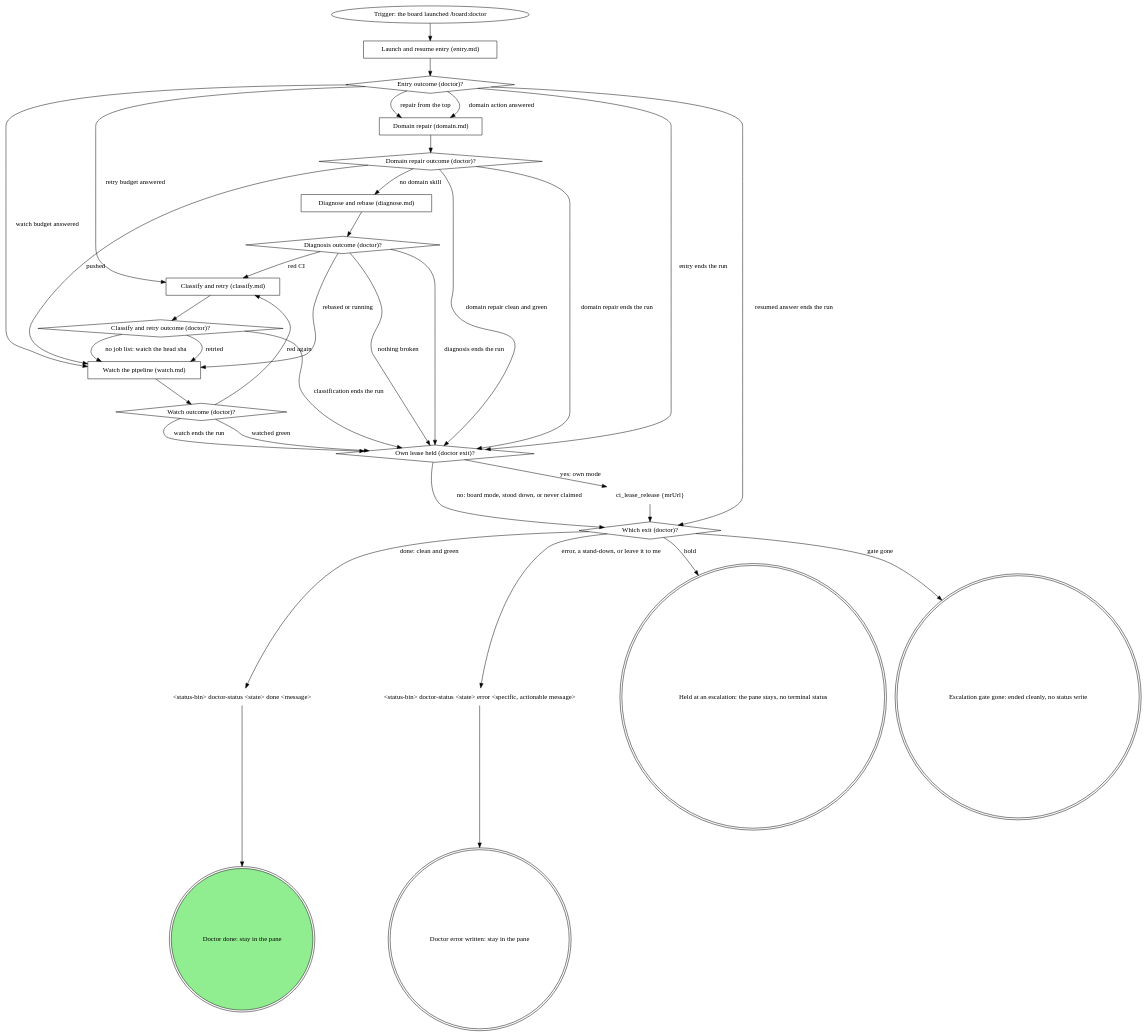
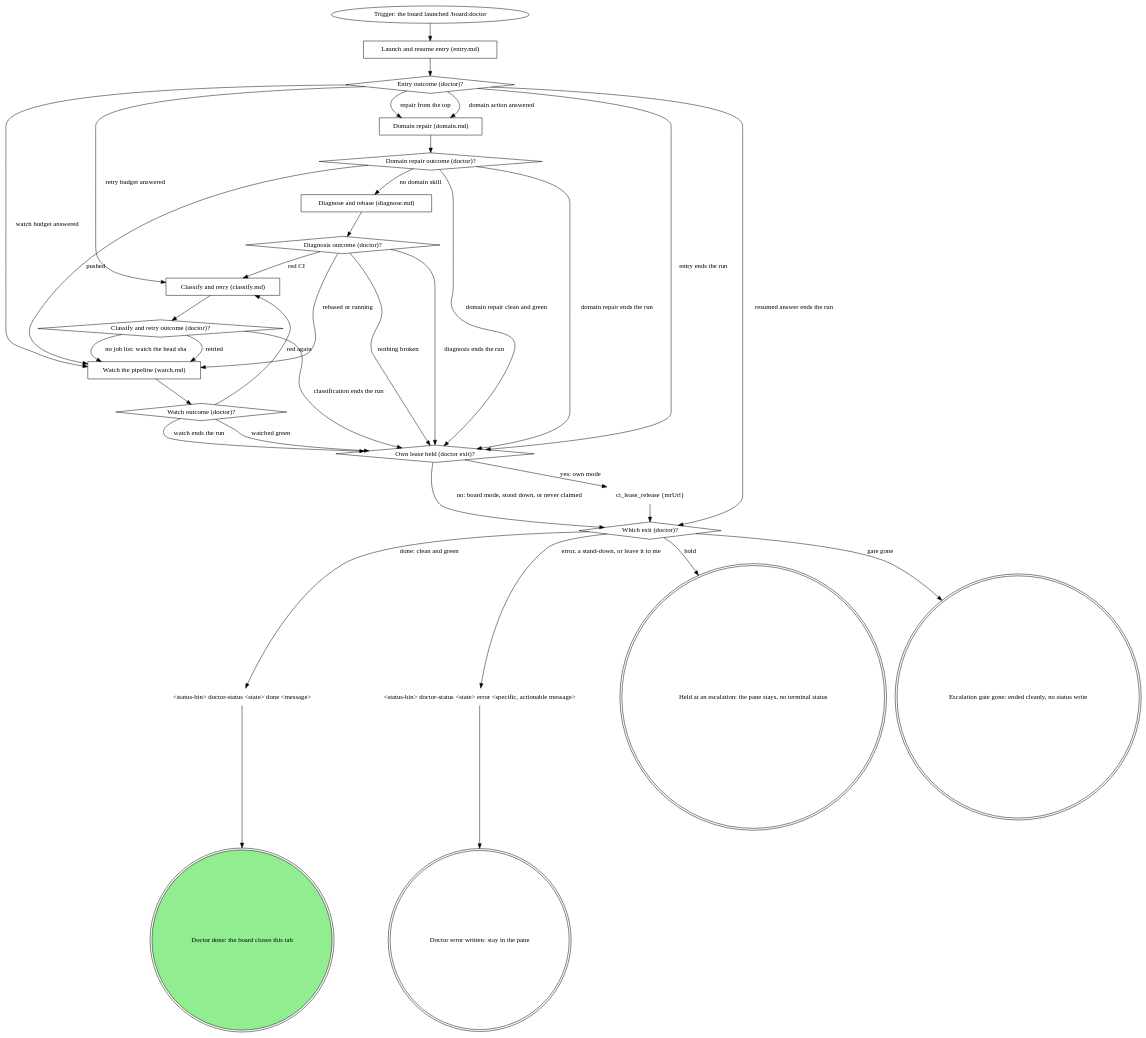
One commit to m4ttstack/mattstack changed the first of 2 diagrams in apps/board/skills-src/doctor/SKILL.md. Above: the diagram before and after it, drawn with Graphviz. The commit also changed other lines of this file and 3 other files, not shown here.

Commit message:
board:review, board:doctor: send the done write alone and last

````diff
--- a/apps/board/skills-src/doctor/SKILL.md
+++ b/apps/board/skills-src/doctor/SKILL.md
@@ -63,62 +63,62 @@
 ```dot
 digraph doctor_flow {
     rankdir=TB;
 
     "Trigger: the board launched /board:doctor" [shape=ellipse];
     "Launch and resume entry (entry.md)" [shape=box];
     "Entry outcome (doctor)?" [shape=diamond];
     "Domain repair (domain.md)" [shape=box];
     "Domain repair outcome (doctor)?" [shape=diamond];
     "Diagnose and rebase (diagnose.md)" [shape=box];
     "Diagnosis outcome (doctor)?" [shape=diamond];
     "Classify and retry (classify.md)" [shape=box];
     "Classify and retry outcome (doctor)?" [shape=diamond];
     "Watch the pipeline (watch.md)" [shape=box];
     "Watch outcome (doctor)?" [shape=diamond];
     "Own lease held (doctor exit)?" [shape=diamond];
     "ci_lease_release {mrUrl}" [shape=plaintext];
     "Which exit (doctor)?" [shape=diamond];
     "<status-bin> doctor-status <state> done <message>" [shape=plaintext];
     "<status-bin> doctor-status <state> error <specific, actionable message>" [shape=plaintext];
     "Doctor error written: stay in the pane" [shape=doublecircle];
     "Held at an escalation: the pane stays, no terminal status" [shape=doublecircle];
     "Escalation gate gone: ended cleanly, no status write" [shape=doublecircle];
-    "Doctor done: stay in the pane" [shape=doublecircle style=filled fillcolor=lightgreen];
+    "Doctor done: the board closes this tab" [shape=doublecircle style=filled fillcolor=lightgreen];
 
     "Trigger: the board launched /board:doctor" -> "Launch and resume entry (entry.md)";
     "Launch and resume entry (entry.md)" -> "Entry outcome (doctor)?";
     "Entry outcome (doctor)?" -> "Domain repair (domain.md)" [label="repair from the top"];
     "Entry outcome (doctor)?" -> "Domain repair (domain.md)" [label="domain action answered"];
     "Entry outcome (doctor)?" -> "Classify and retry (classify.md)" [label="retry budget answered"];
     "Entry outcome (doctor)?" -> "Watch the pipeline (watch.md)" [label="watch budget answered"];
     "Entry outcome (doctor)?" -> "Own lease held (doctor exit)?" [label="entry ends the run"];
     "Entry outcome (doctor)?" -> "Which exit (doctor)?" [label="resumed answer ends the run"];
     "Domain repair (domain.md)" -> "Domain repair outcome (doctor)?";
     "Domain repair outcome (doctor)?" -> "Diagnose and rebase (diagnose.md)" [label="no domain skill"];
     "Domain repair outcome (doctor)?" -> "Watch the pipeline (watch.md)" [label="pushed"];
     "Domain repair outcome (doctor)?" -> "Own lease held (doctor exit)?" [label="domain repair clean and green"];
     "Domain repair outcome (doctor)?" -> "Own lease held (doctor exit)?" [label="domain repair ends the run"];
     "Diagnose and rebase (diagnose.md)" -> "Diagnosis outcome (doctor)?";
     "Diagnosis outcome (doctor)?" -> "Classify and retry (classify.md)" [label="red CI"];
     "Diagnosis outcome (doctor)?" -> "Watch the pipeline (watch.md)" [label="rebased or running"];
     "Diagnosis outcome (doctor)?" -> "Own lease held (doctor exit)?" [label="nothing broken"];
     "Diagnosis outcome (doctor)?" -> "Own lease held (doctor exit)?" [label="diagnosis ends the run"];
     "Classify and retry (classify.md)" -> "Classify and retry outcome (doctor)?";
     "Classify and retry outcome (doctor)?" -> "Watch the pipeline (watch.md)" [label="retried"];
     "Classify and retry outcome (doctor)?" -> "Watch the pipeline (watch.md)" [label="no job list: watch the head sha"];
     "Classify and retry outcome (doctor)?" -> "Own lease held (doctor exit)?" [label="classification ends the run"];
     "Watch the pipeline (watch.md)" -> "Watch outcome (doctor)?";
     "Watch outcome (doctor)?" -> "Classify and retry (classify.md)" [label="red again"];
     "Watch outcome (doctor)?" -> "Own lease held (doctor exit)?" [label="watched green"];
     "Watch outcome (doctor)?" -> "Own lease held (doctor exit)?" [label="watch ends the run"];
     "Own lease held (doctor exit)?" -> "ci_lease_release {mrUrl}" [label="yes: own mode"];
     "Own lease held (doctor exit)?" -> "Which exit (doctor)?" [label="no: board mode, stood down, or never claimed"];
     "ci_lease_release {mrUrl}" -> "Which exit (doctor)?";
     "Which exit (doctor)?" -> "<status-bin> doctor-status <state> done <message>" [label="done: clean and green"];
     "Which exit (doctor)?" -> "<status-bin> doctor-status <state> error <specific, actionable message>" [label="error, a stand-down, or leave it to me"];
     "Which exit (doctor)?" -> "Held at an escalation: the pane stays, no terminal status" [label="hold"];
     "Which exit (doctor)?" -> "Escalation gate gone: ended cleanly, no status write" [label="gate gone"];
-    "<status-bin> doctor-status <state> done <message>" -> "Doctor done: stay in the pane";
+    "<status-bin> doctor-status <state> done <message>" -> "Doctor done: the board closes this tab";
     "<status-bin> doctor-status <state> error <specific, actionable message>" -> "Doctor error written: stay in the pane";
 }
 ```
````
